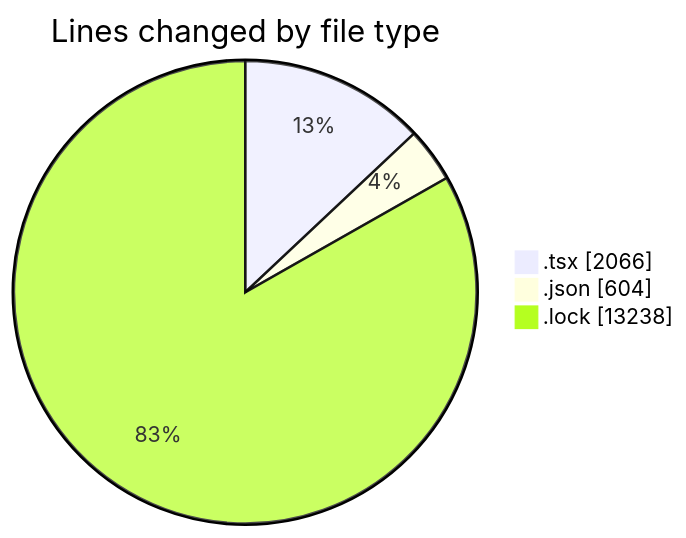
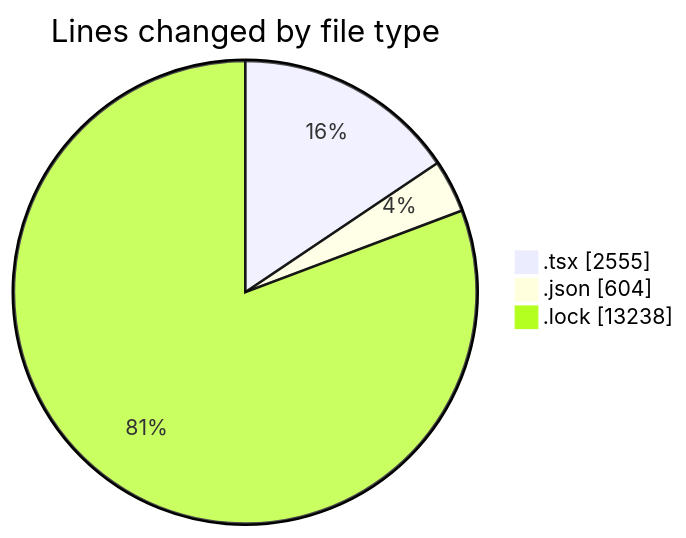
One commit to momahboobian/code-tracking changed the first of 2 diagrams in 2026-01-09/cda/README.md. Above: the diagram before and after it, drawn with Mermaid. The commit also changed other lines of this file and 1 other file, not shown here.

````diff
--- a/2026-01-09/cda/README.md
+++ b/2026-01-09/cda/README.md
@@ -26,7 +26,7 @@
 ```mermaid
 pie showData
 title Lines changed by file type
-".tsx" : 2066
+".tsx" : 2555
 ".json" : 604
 ".lock" : 13238
 ```
````
